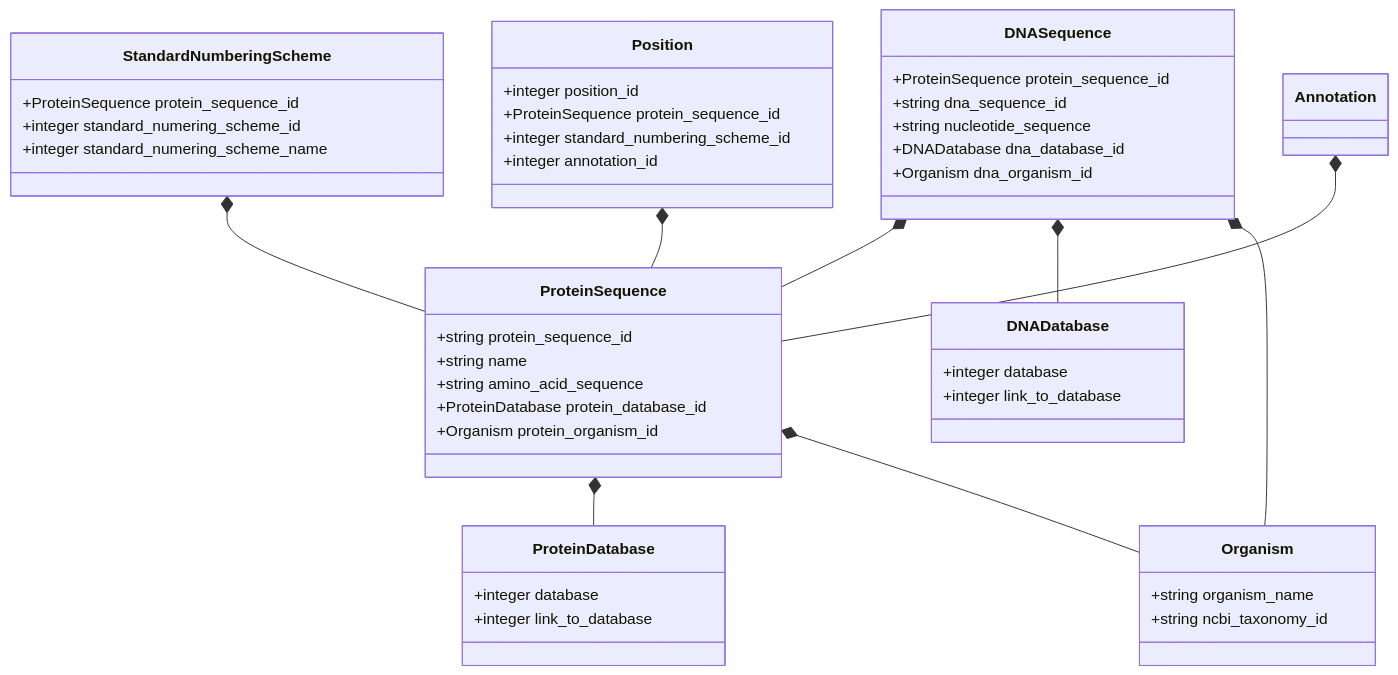
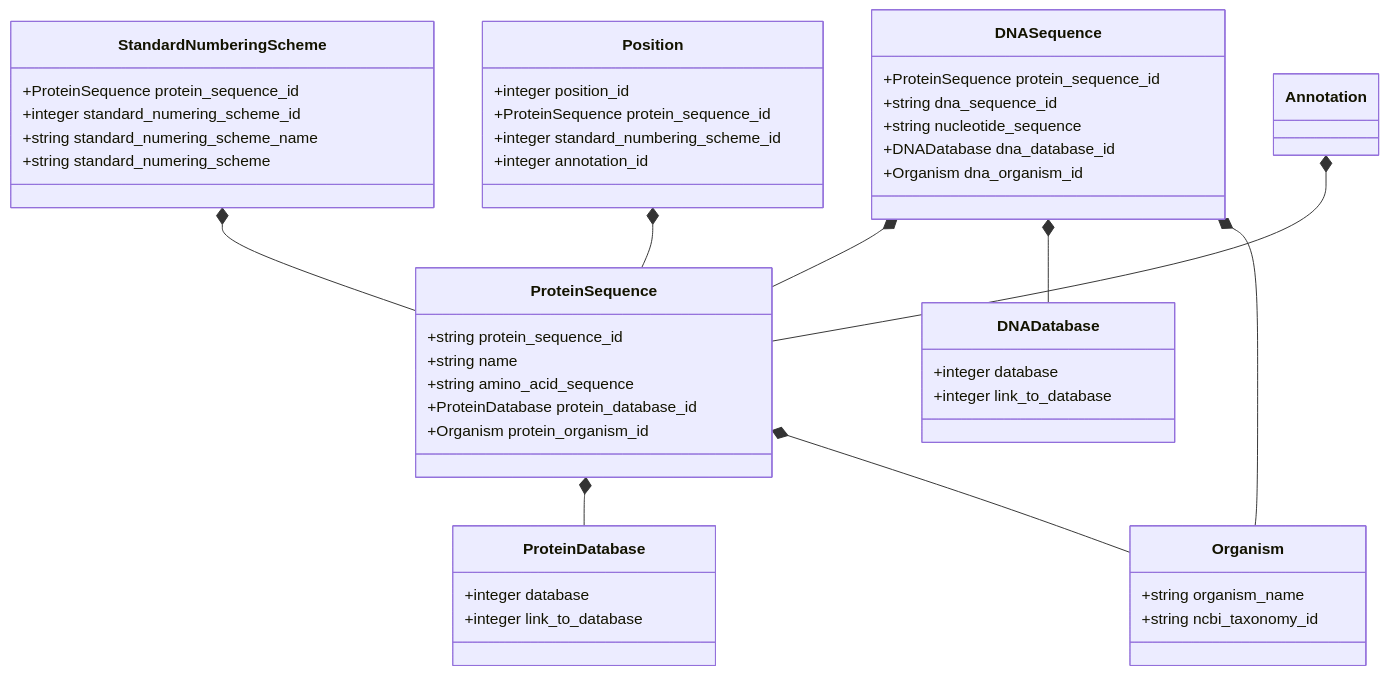
Before and after one commit to maxim945/PyEED-Fullprototype: the diagram in Database/schemes/-.md, drawn with Mermaid. The commit also changed 8 other files, not shown here.

````diff
--- a/Database/schemes/-.md
+++ b/Database/schemes/-.md
@@ -1,56 +1,57 @@
 ```mermaid
 classDiagram
     ProteinSequence *-- ProteinDatabase
     ProteinSequence *-- Organism
     DNASequence *-- ProteinSequence
     DNASequence *-- DNADatabase
     DNASequence *-- Organism
     StandardNumberingScheme *-- ProteinSequence
     Position *-- ProteinSequence
     Annotation *-- ProteinSequence
     
     class ProteinSequence {
         +string protein_sequence_id
         +string name
         +string amino_acid_sequence
         +ProteinDatabase protein_database_id
         +Organism protein_organism_id
     }
     
     class DNASequence {
         +ProteinSequence protein_sequence_id
         +string dna_sequence_id
         +string nucleotide_sequence
         +DNADatabase dna_database_id
         +Organism dna_organism_id
     }
     
     class Organism {
         +string organism_name
         +string ncbi_taxonomy_id
     }
     
     class ProteinDatabase {
         +integer database
         +integer link_to_database
     }
     
     class DNADatabase {
         +integer database
         +integer link_to_database
     }
     
     class StandardNumberingScheme {
         +ProteinSequence protein_sequence_id
         +integer standard_numering_scheme_id
-        +integer standard_numering_scheme_name
+        +string standard_numering_scheme_name
+        +string standard_numering_scheme
     }
     
     class Position {
         +integer position_id
         +ProteinSequence protein_sequence_id
         +integer standard_numbering_scheme_id
         +integer annotation_id
     }
     
 ```
````
